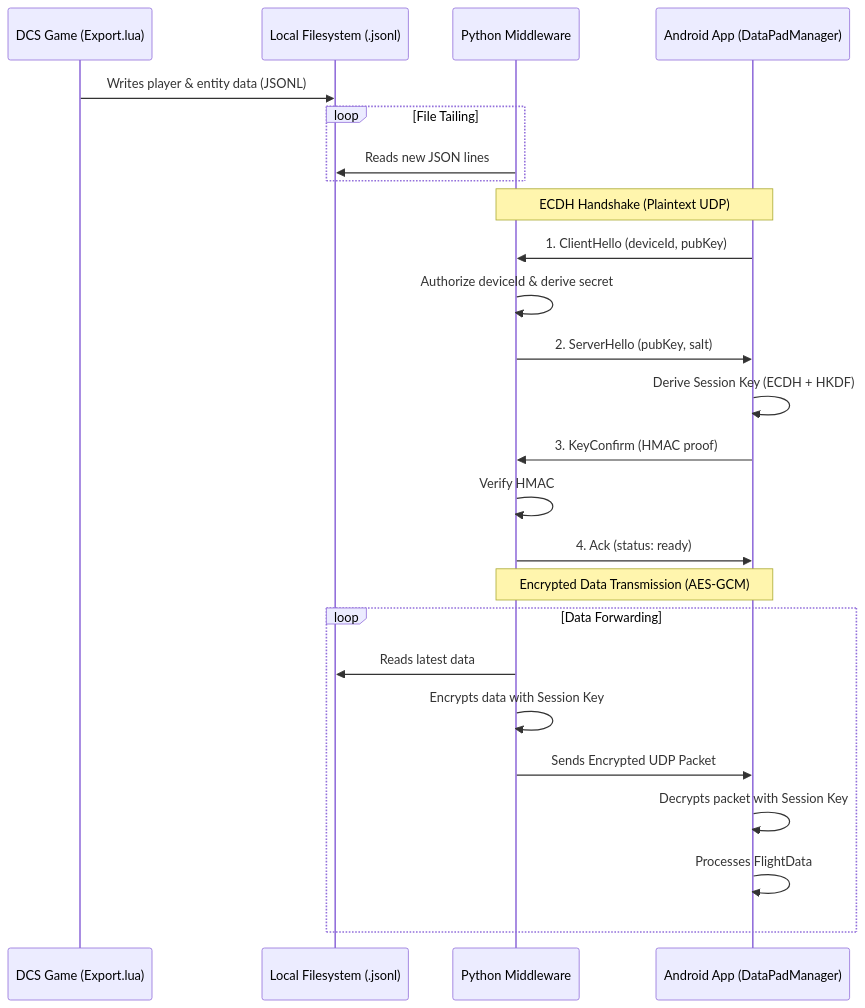
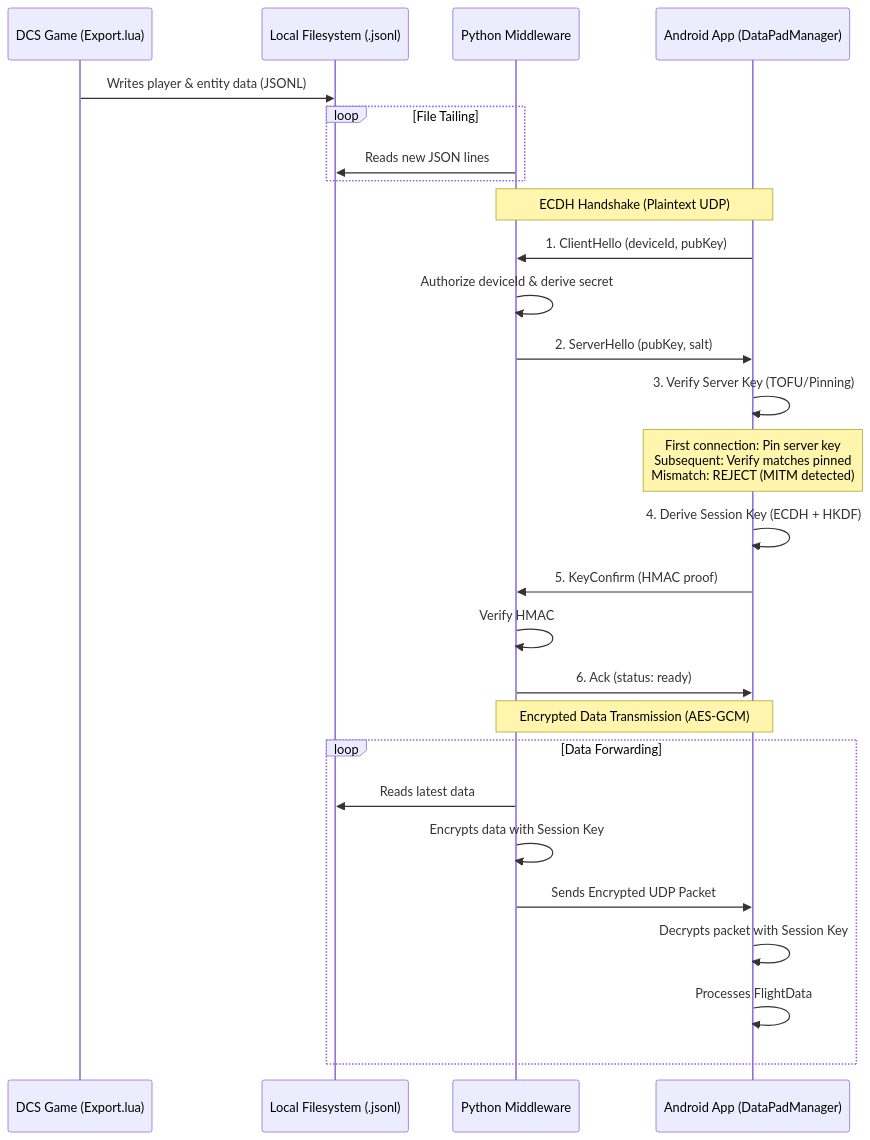
The diagram in docs/EN/technical/DATA_FLOW_ANALYSIS.md (arn-c0de/InteractiveChecklists), drawn with Mermaid before and after one commit. The commit also changed other lines of this file and 6 other files, not shown here.

Commit message:
security: implement server key pinning (TOFU), PSK handshake manager, PoW support; update docs

````diff
--- a/docs/EN/technical/DATA_FLOW_ANALYSIS.md
+++ b/docs/EN/technical/DATA_FLOW_ANALYSIS.md
@@ -20,31 +22,33 @@
 ```mermaid
 sequenceDiagram
     participant DCS as DCS Game (Export.lua)
     participant Files as Local Filesystem (.jsonl)
     participant Python as Python Middleware
     participant Android as Android App (DataPadManager)
 
     DCS->>Files: Writes player & entity data (JSONL)
 
     loop File Tailing
         Python->>Files: Reads new JSON lines
     end
 
     Note over Python, Android: ECDH Handshake (Plaintext UDP)
     Android->>Python: 1. ClientHello (deviceId, pubKey)
     Python->>Python: Authorize deviceId & derive secret
     Python->>Android: 2. ServerHello (pubKey, salt)
-    Android->>Android: Derive Session Key (ECDH + HKDF)
-    Android->>Python: 3. KeyConfirm (HMAC proof)
+    Android->>Android: 3. Verify Server Key (TOFU/Pinning)
+    Note over Android: First connection: Pin server key<br/>Subsequent: Verify matches pinned<br/>Mismatch: REJECT (MITM detected)
+    Android->>Android: 4. Derive Session Key (ECDH + HKDF)
+    Android->>Python: 5. KeyConfirm (HMAC proof)
     Python->>Python: Verify HMAC
-    Python->>Android: 4. Ack (status: ready)
+    Python->>Android: 6. Ack (status: ready)
 
     Note over Python, Android: Encrypted Data Transmission (AES-GCM)
     loop Data Forwarding
         Python->>Files: Reads latest data
         Python->>Python: Encrypts data with Session Key
         Python->>Android: Sends Encrypted UDP Packet
         Android->>Android: Decrypts packet with Session Key
         Android->>Android: Processes FlightData
     end
 ```
````
